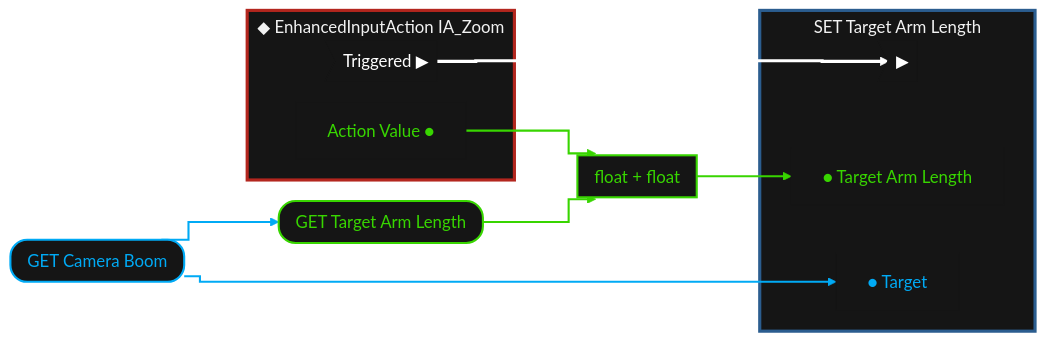
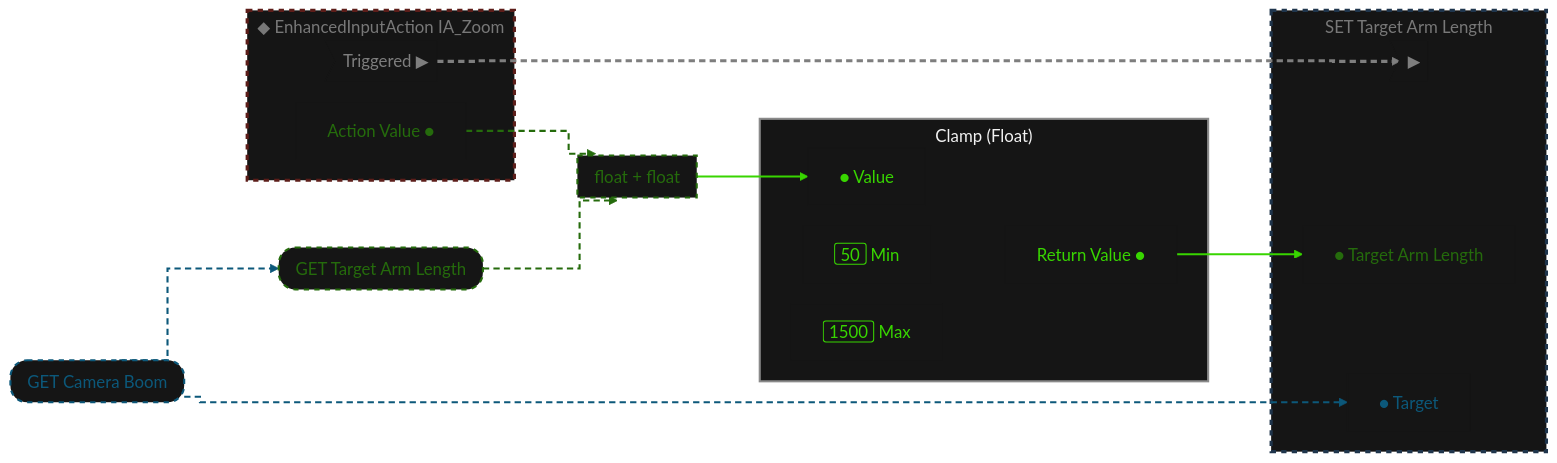
One commit to RicoP/Unreal-Class2026 changed the diagram in Doc/graph/transient/Game/ThirdPerson/Blueprints/BP_ThirdPersonCharacter.mmd. Above: the diagram before and after it, drawn with Mermaid. The commit also changed 19 other files, not shown here.

```diff
--- a/Doc/graph/transient/Game/ThirdPerson/Blueprints/BP_ThirdPersonCharacter.mmd
+++ b/Doc/graph/transient/Game/ThirdPerson/Blueprints/BP_ThirdPersonCharacter.mmd
@@ -1,55 +1,71 @@
 ---
 config:
   flowchart:
     curve: step
     nodeSpacing: 20
     rankSpacing: 60
     subGraphTitleMargin:
       top: 4
       bottom: 4
 ---
 flowchart LR
 
     subgraph N_EventGraph_K2Node_EnhancedInputAction_0["◆ EnhancedInputAction IA_Zoom"]
         N_EventGraph_K2Node_EnhancedInputAction_0_Triggered>"Triggered ▶"]
         N_EventGraph_K2Node_EnhancedInputAction_0_ActionValue["Action Value ●"]
     end
     subgraph N_EventGraph_K2Node_VariableGet_0["GET Camera Boom"]
     end
     subgraph N_EventGraph_K2Node_VariableGet_1["GET Target Arm Length"]
     end
     subgraph N_EventGraph_K2Node_PromotableOperator_0["float + float"]
     end
+    subgraph N_EventGraph_K2Node_CallFunction_5["Clamp (Float)"]
+        N_EventGraph_K2Node_CallFunction_5_Value["● Value"]
+        N_EventGraph_K2Node_CallFunction_5_Min["<span style='border:1px solid currentColor;border-radius:3px;padding:0 5px'>50</span> Min"]
+        N_EventGraph_K2Node_CallFunction_5_Max["<span style='border:1px solid currentColor;border-radius:3px;padding:0 5px'>1500</span> Max"]
+        N_EventGraph_K2Node_CallFunction_5_ReturnValue["Return Value ●"]
+    end
     subgraph N_EventGraph_K2Node_VariableSet_0["SET Target Arm Length"]
         N_EventGraph_K2Node_VariableSet_0_execute>"▶"]
         N_EventGraph_K2Node_VariableSet_0_TargetArmLength["● Target Arm Length"]
         N_EventGraph_K2Node_VariableSet_0_self["● Target"]
     end
 
     %% Wires
     N_EventGraph_K2Node_EnhancedInputAction_0_ActionValue --> N_EventGraph_K2Node_PromotableOperator_0
     N_EventGraph_K2Node_EnhancedInputAction_0_Triggered ==> N_EventGraph_K2Node_VariableSet_0_execute
     N_EventGraph_K2Node_VariableGet_0 --> N_EventGraph_K2Node_VariableGet_1
     N_EventGraph_K2Node_VariableGet_0 --> N_EventGraph_K2Node_VariableSet_0_self
     N_EventGraph_K2Node_VariableGet_1 --> N_EventGraph_K2Node_PromotableOperator_0
-    N_EventGraph_K2Node_PromotableOperator_0 --> N_EventGraph_K2Node_VariableSet_0_TargetArmLength
+    N_EventGraph_K2Node_PromotableOperator_0 --> N_EventGraph_K2Node_CallFunction_5_Value
+    N_EventGraph_K2Node_CallFunction_5_ReturnValue --> N_EventGraph_K2Node_VariableSet_0_TargetArmLength
+
+    %% Keep inputs left of outputs inside each node
+    N_EventGraph_K2Node_CallFunction_5_Value ~~~ N_EventGraph_K2Node_CallFunction_5_ReturnValue
+    N_EventGraph_K2Node_CallFunction_5_Min ~~~ N_EventGraph_K2Node_CallFunction_5_ReturnValue
+    N_EventGraph_K2Node_CallFunction_5_Max ~~~ N_EventGraph_K2Node_CallFunction_5_ReturnValue
 
     %% Nodes
-    style N_EventGraph_K2Node_EnhancedInputAction_0 fill:#151515,stroke:#b3261e,stroke-width:3px,color:#f2f2f2
-    style N_EventGraph_K2Node_VariableGet_0 fill:#151515,stroke:#00aaf5,stroke-width:2px,color:#00aaf5,rx:16px,ry:16px
-    style N_EventGraph_K2Node_VariableGet_1 fill:#151515,stroke:#38d500,stroke-width:2px,color:#38d500,rx:16px,ry:16px
-    style N_EventGraph_K2Node_PromotableOperator_0 fill:#151515,stroke:#38d500,stroke-width:2px,color:#38d500
-    style N_EventGraph_K2Node_VariableSet_0 fill:#151515,stroke:#2b5d8f,stroke-width:3px,color:#f2f2f2
+    style N_EventGraph_K2Node_EnhancedInputAction_0 fill:#151515,stroke:#5c1d19,stroke-width:3px,color:#787878,stroke-dasharray:5 5
+    style N_EventGraph_K2Node_VariableGet_0 fill:#151515,stroke:#0c587a,stroke-width:2px,color:#0c587a,stroke-dasharray:5 5,rx:16px,ry:16px
+    style N_EventGraph_K2Node_VariableGet_1 fill:#151515,stroke:#256b0c,stroke-width:2px,color:#256b0c,stroke-dasharray:5 5,rx:16px,ry:16px
+    style N_EventGraph_K2Node_PromotableOperator_0 fill:#151515,stroke:#256b0c,stroke-width:2px,color:#256b0c,stroke-dasharray:5 5
+    style N_EventGraph_K2Node_CallFunction_5 fill:#151515,stroke:#8a8a8a,stroke-width:2px,color:#f2f2f2
+    style N_EventGraph_K2Node_VariableSet_0 fill:#151515,stroke:#1f354c,stroke-width:3px,color:#787878,stroke-dasharray:5 5
 
     %% Pins
-    classDef pin_exec fill:#151515,stroke:#151515,color:#ffffff
+    classDef pin_exec_dim fill:#151515,stroke:#151515,color:#7e7e7e
     classDef pin_float fill:#151515,stroke:#151515,color:#38d500
-    classDef pin_object fill:#151515,stroke:#151515,color:#00aaf5
-    class N_EventGraph_K2Node_EnhancedInputAction_0_Triggered,N_EventGraph_K2Node_VariableSet_0_execute pin_exec
-    class N_EventGraph_K2Node_EnhancedInputAction_0_ActionValue,N_EventGraph_K2Node_VariableSet_0_TargetArmLength pin_float
-    class N_EventGraph_K2Node_VariableSet_0_self pin_object
+    classDef pin_float_dim fill:#151515,stroke:#151515,color:#256b0c
+    classDef pin_object_dim fill:#151515,stroke:#151515,color:#0c587a
+    class N_EventGraph_K2Node_EnhancedInputAction_0_Triggered,N_EventGraph_K2Node_VariableSet_0_execute pin_exec_dim
+    class N_EventGraph_K2Node_CallFunction_5_Value,N_EventGraph_K2Node_CallFunction_5_Min,N_EventGraph_K2Node_CallFunction_5_Max,N_EventGraph_K2Node_CallFunction_5_ReturnValue pin_float
+    class N_EventGraph_K2Node_EnhancedInputAction_0_ActionValue,N_EventGraph_K2Node_VariableSet_0_TargetArmLength pin_float_dim
+    class N_EventGraph_K2Node_VariableSet_0_self pin_object_dim
 
-    %% Wire colours
-    linkStyle 1 stroke:#ffffff,stroke-width:3px
-    linkStyle 0,4,5 stroke:#38d500,stroke-width:2px
-    linkStyle 2,3 stroke:#00aaf5,stroke-width:2px
+    %% Wire colours (dimmed and dashed between two nodes that aren't part of the change)
+    linkStyle 1 stroke:#7e7e7e,stroke-width:3px,stroke-dasharray:6 4
+    linkStyle 5,6 stroke:#38d500,stroke-width:2px
+    linkStyle 0,4 stroke:#256b0c,stroke-width:2px,stroke-dasharray:6 4
+    linkStyle 2,3 stroke:#0c587a,stroke-width:2px,stroke-dasharray:6 4
```
